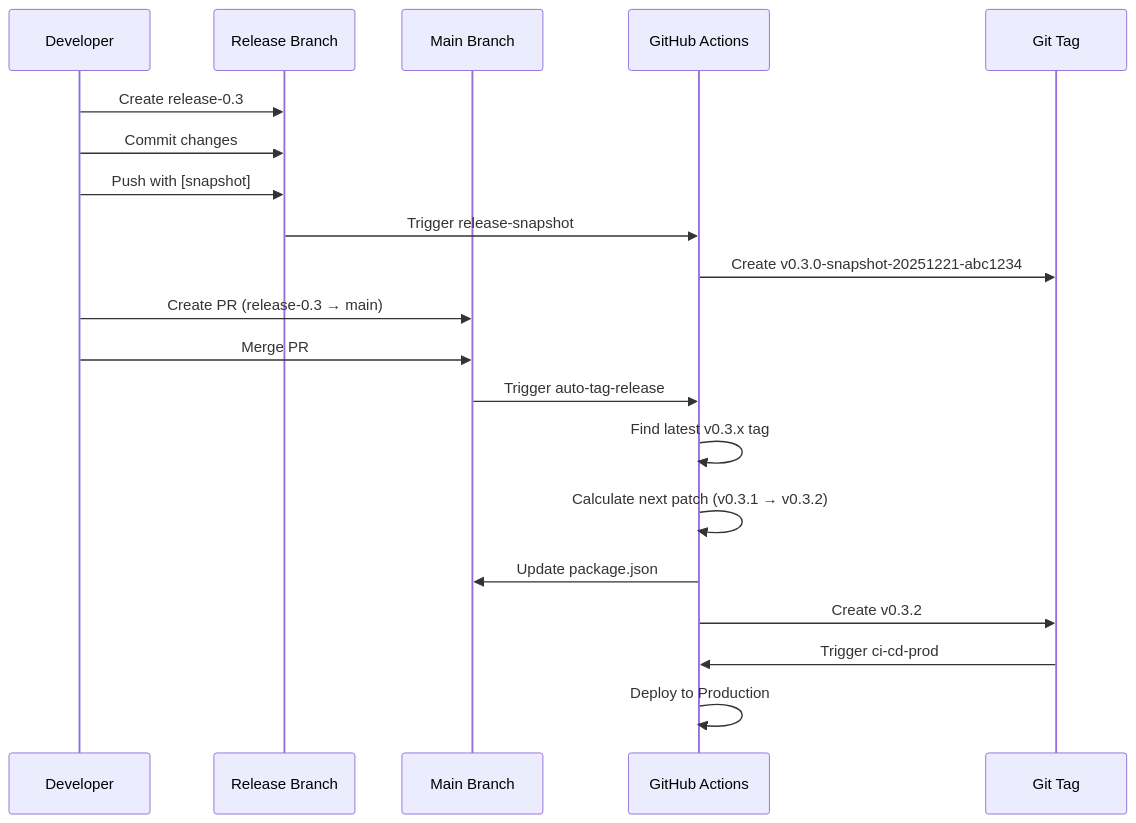
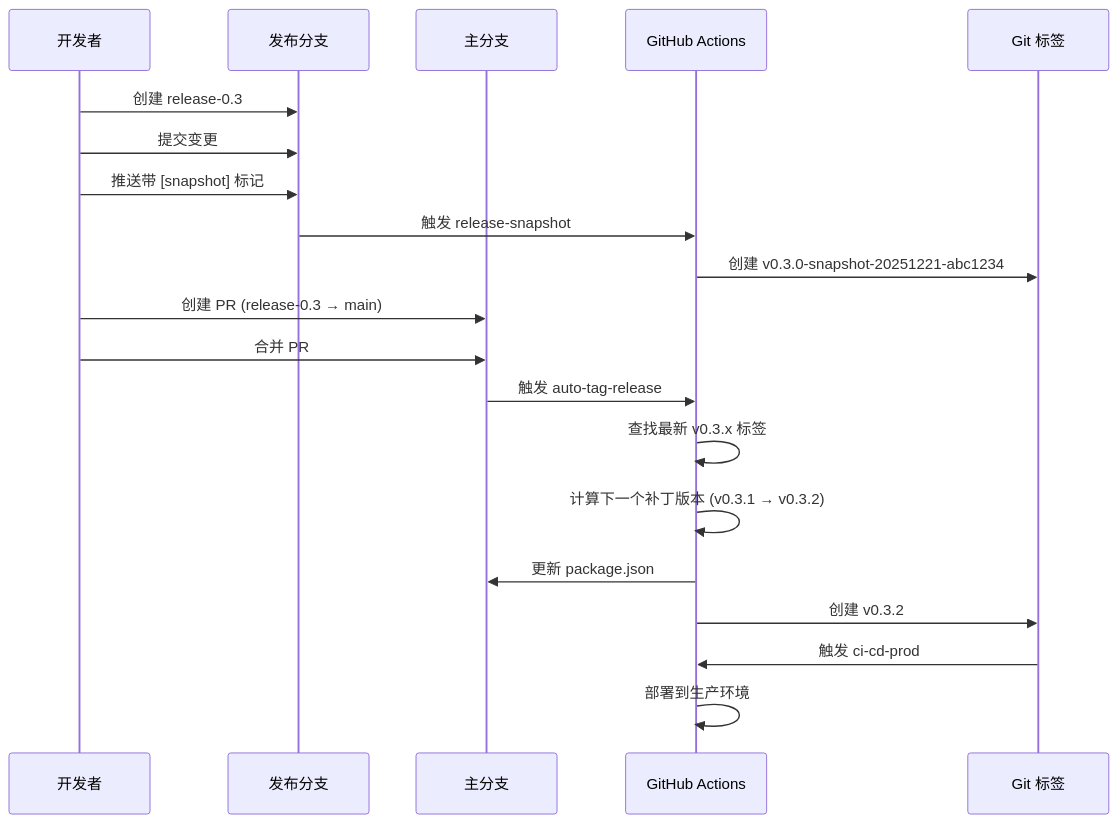
The second of 3 diagrams in README.md (gdmuna/nestjs-demo-basic), drawn with Mermaid before and after one commit. The commit also changed other lines of this file and 1 other file, not shown here.

````diff
--- a/README.md
+++ b/README.md
@@ -272,24 +272,24 @@
 ```mermaid
 sequenceDiagram
-    participant Dev as Developer
-    participant RB as Release Branch
-    participant Main as Main Branch
+    participant Dev as 开发者
+    participant RB as 发布分支
+    participant Main as 主分支
     participant GH as GitHub Actions
-    participant Tag as Git Tag
+    participant Tag as Git 标签
 
-    Dev->>RB: Create release-0.3
-    Dev->>RB: Commit changes
-    Dev->>RB: Push with [snapshot]
-    RB->>GH: Trigger release-snapshot
-    GH->>Tag: Create v0.3.0-snapshot-20251221-abc1234
+    Dev->>RB: 创建 release-0.3
+    Dev->>RB: 提交变更
+    Dev->>RB: 推送带 [snapshot] 标记
+    RB->>GH: 触发 release-snapshot
+    GH->>Tag: 创建 v0.3.0-snapshot-20251221-abc1234
 
-    Dev->>Main: Create PR (release-0.3 → main)
-    Dev->>Main: Merge PR
-    Main->>GH: Trigger auto-tag-release
-    GH->>GH: Find latest v0.3.x tag
-    GH->>GH: Calculate next patch (v0.3.1 → v0.3.2)
-    GH->>Main: Update package.json
-    GH->>Tag: Create v0.3.2
-    Tag->>GH: Trigger ci-cd-prod
-    GH->>GH: Deploy to Production
+    Dev->>Main: 创建 PR (release-0.3 → main)
+    Dev->>Main: 合并 PR
+    Main->>GH: 触发 auto-tag-release
+    GH->>GH: 查找最新 v0.3.x 标签
+    GH->>GH: 计算下一个补丁版本 (v0.3.1 → v0.3.2)
+    GH->>Main: 更新 package.json
+    GH->>Tag: 创建 v0.3.2
+    Tag->>GH: 触发 ci-cd-prod
+    GH->>GH: 部署到生产环境
 ```
````
